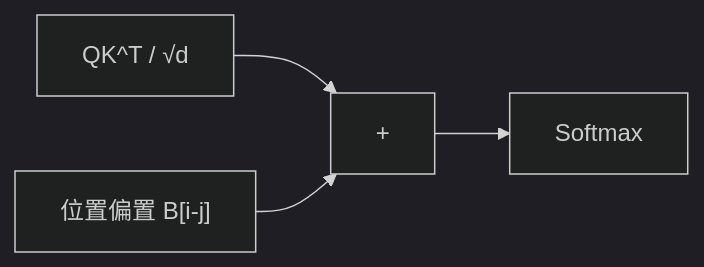
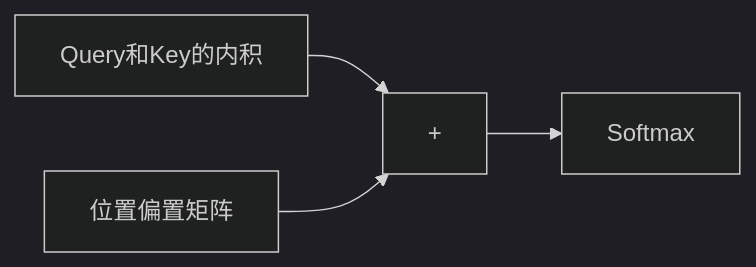
Before and after one commit to Xunzhuo/mini-sglang: the sixth of 15 diagrams in learning/website/docs/basics/04-positional-encoding.md, drawn with Mermaid (dark theme). The commit also changed other lines of this file and 9 other files, not shown here.

````diff
--- a/learning/website/docs/basics/04-positional-encoding.md
+++ b/learning/website/docs/basics/04-positional-encoding.md
@@ -171,6 +135,6 @@
 ```mermaid
 graph LR
-    QK["QK^T / √d"] --> ADD["+"]
-    B["位置偏置 B[i-j]"] --> ADD
+    QK["Query和Key的内积"] --> ADD["+"]
+    B["位置偏置矩阵"] --> ADD
     ADD --> SM[Softmax]
 ```
````
